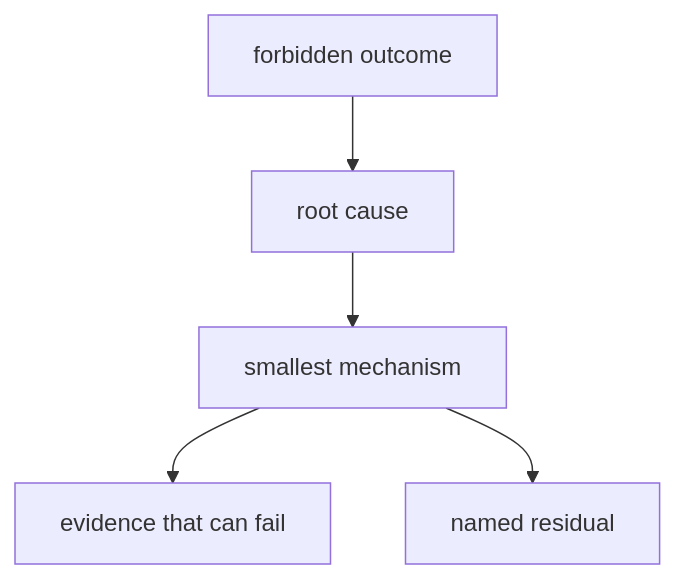
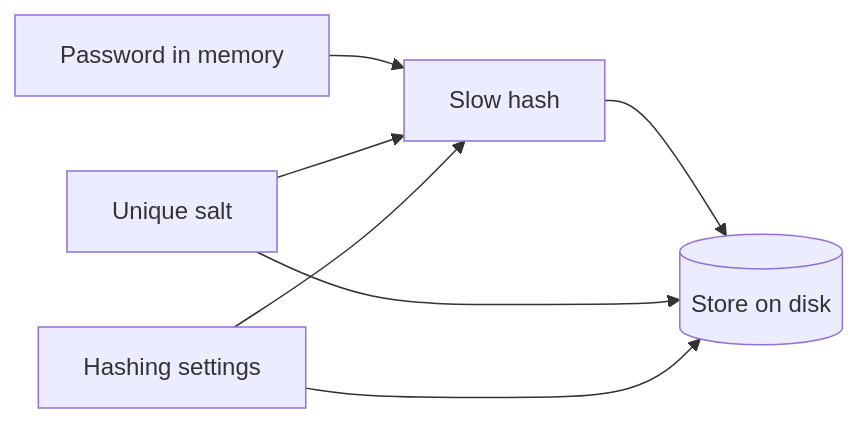
One commit to ishitvagoel/LearnSecurity changed the diagram in content/modules/1/1.1/lessons/04-smallest-mechanism.md. Above: the diagram before and after it, drawn with Mermaid. The commit also changed other lines of this file and 44 other files, not shown here.

````diff
--- a/content/modules/1/1.1/lessons/04-smallest-mechanism.md
+++ b/content/modules/1/1.1/lessons/04-smallest-mechanism.md
@@ -20,7 +14,14 @@
 ```mermaid
-flowchart TD
-  Out[forbidden outcome] --> Cause[root cause]
-  Cause --> Mech[smallest mechanism]
-  Mech --> Ev[evidence that can fail]
-  Mech --> Res[named residual]
+flowchart LR
+  pwd[Password in memory]
+  salt[Unique salt]
+  params[Hashing settings]
+  hash[Slow hash]
+  store[(Store on disk)]
+  pwd --> hash
+  salt --> hash
+  params --> hash
+  hash --> store
+  salt --> store
+  params --> store
 ```
````
